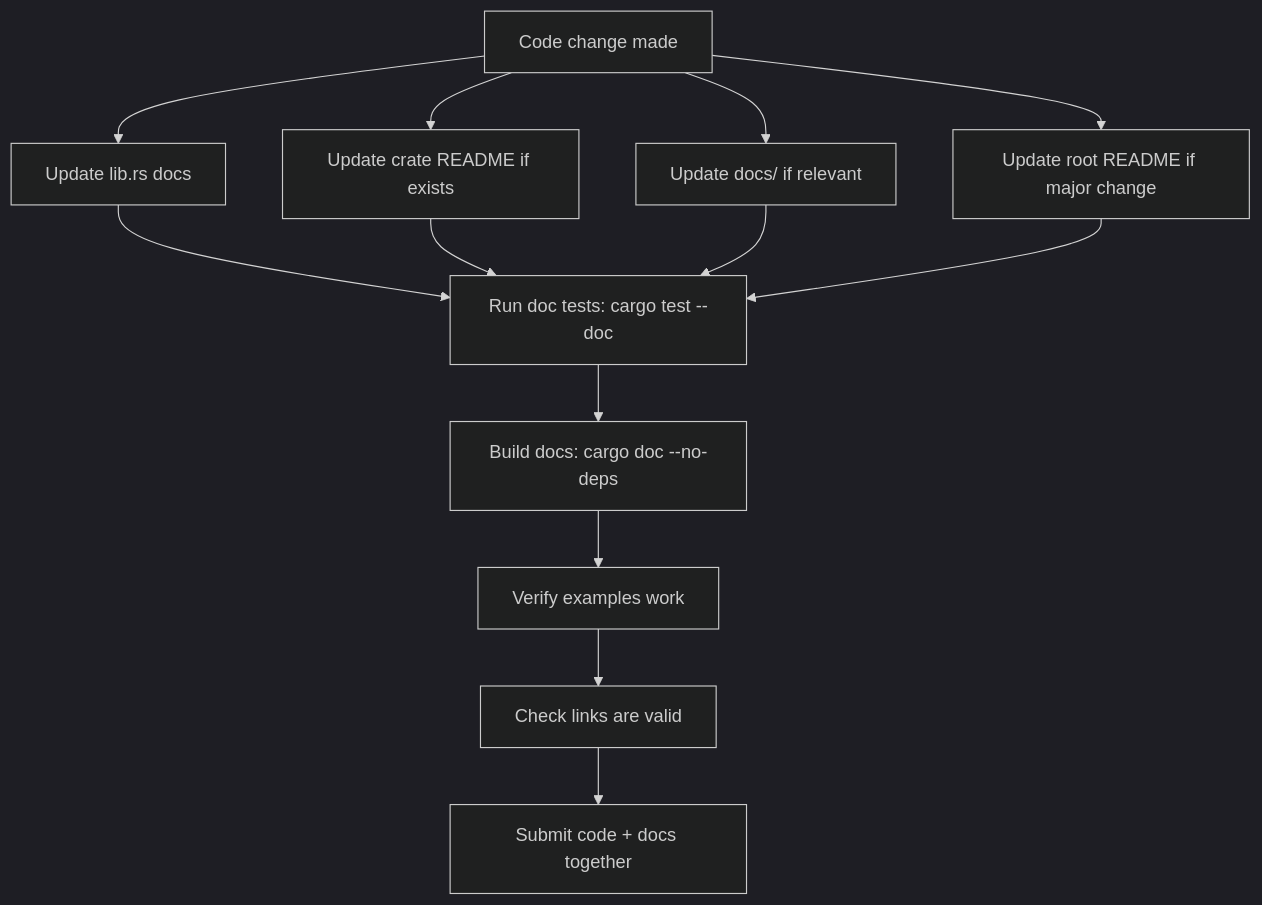
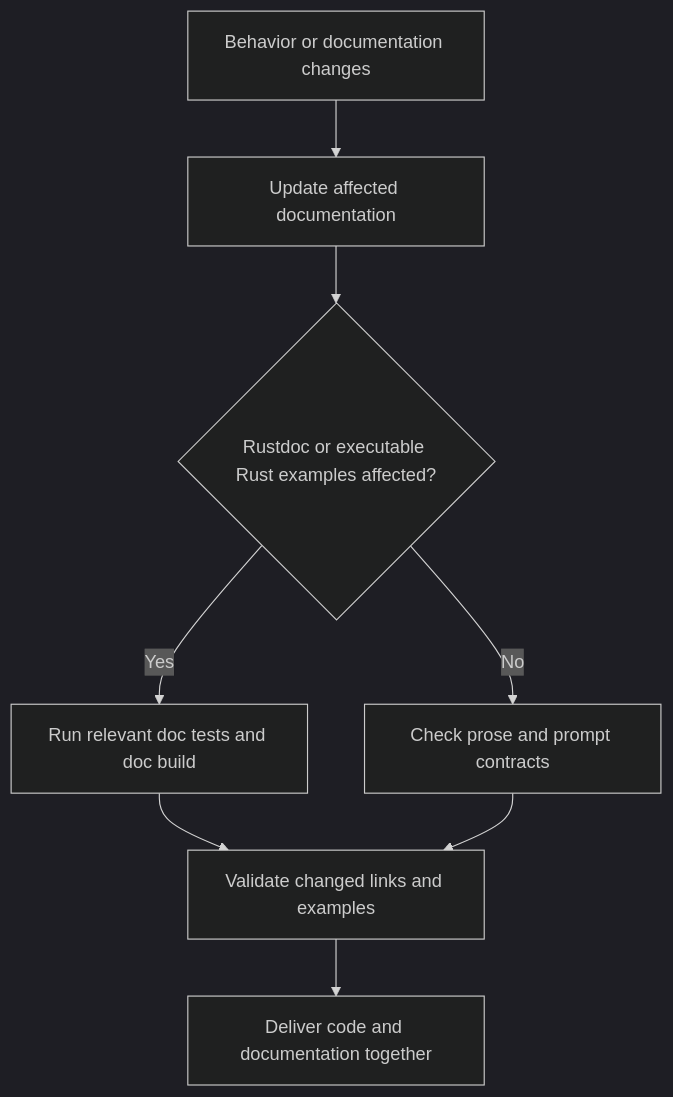
The first of 2 diagrams in instructions/DOCUMENTATION_STANDARDS.md (kent8192/reinhardt-cloud), drawn with Mermaid (dark theme) before and after one commit. The commit also changed other lines of this file and 15 other files, not shown here.

````diff
--- a/instructions/DOCUMENTATION_STANDARDS.md
+++ b/instructions/DOCUMENTATION_STANDARDS.md
@@ -29,12 +32,10 @@
 ```mermaid
 flowchart TD
-    A[Code change made] --> B[Update lib.rs docs]
-    A --> C[Update crate README if exists]
-    A --> D[Update docs/ if relevant]
-    A --> E[Update root README if major change]
-    B & C & D & E --> F[Run doc tests: cargo test --doc]
-    F --> G[Build docs: cargo doc --no-deps]
-    G --> H[Verify examples work]
-    H --> I[Check links are valid]
-    I --> J[Submit code + docs together]
+    A[Behavior or documentation changes] --> B[Update affected documentation]
+    B --> C{Rustdoc or executable Rust examples affected?}
+    C -->|Yes| D[Run relevant doc tests and doc build]
+    C -->|No| E[Check prose and prompt contracts]
+    D --> F[Validate changed links and examples]
+    E --> F
+    F --> G[Deliver code and documentation together]
 ```
````
